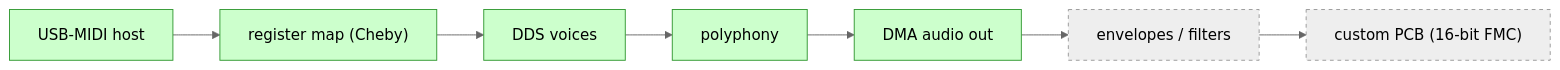
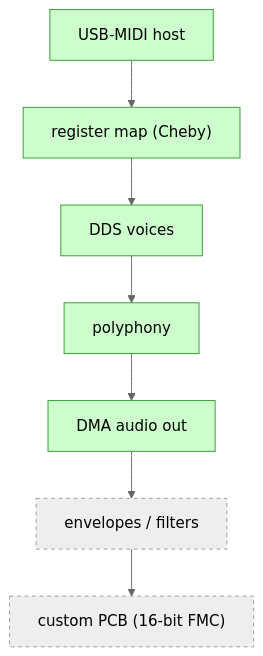
Before and after one commit to akielaries/signalmesh: the sixth of 6 diagrams in docs/acm-synth-architecture.md, drawn with Mermaid (neutral theme). The commit also changed other lines of this file and 17 other files, not shown here.

````diff
--- a/docs/acm-synth-architecture.md
+++ b/docs/acm-synth-architecture.md
@@ -203,12 +155,12 @@
 ```mermaid
-flowchart LR
+flowchart TD
     A["USB-MIDI host"]:::done --> B["register map (Cheby)"]:::done
     B --> C["DDS voices"]:::done
     C --> D["polyphony"]:::done
     D --> E["DMA audio out"]:::done
     E --> F["envelopes / filters"]:::todo
     F --> G["custom PCB (16-bit FMC)"]:::todo
 
     classDef done fill:#cfc,stroke:#393;
     classDef todo fill:#eee,stroke:#999,stroke-dasharray:4;
 ```
````
